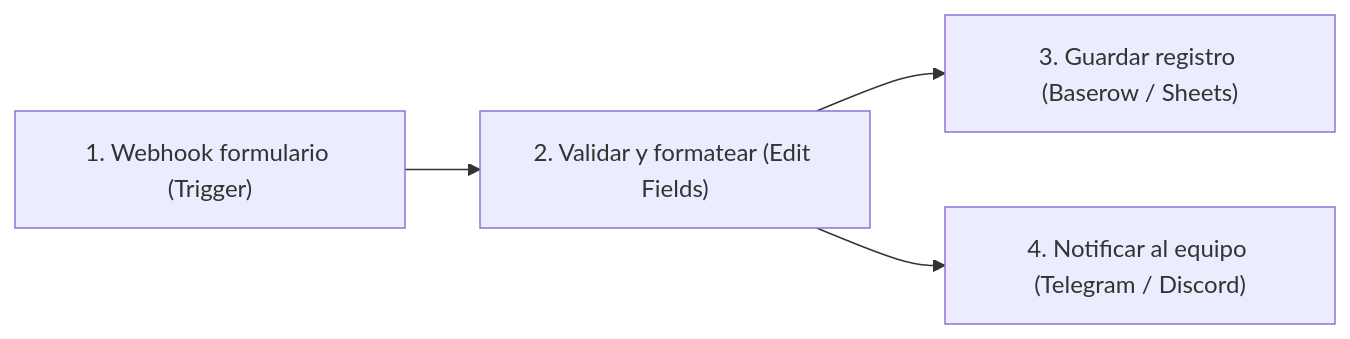
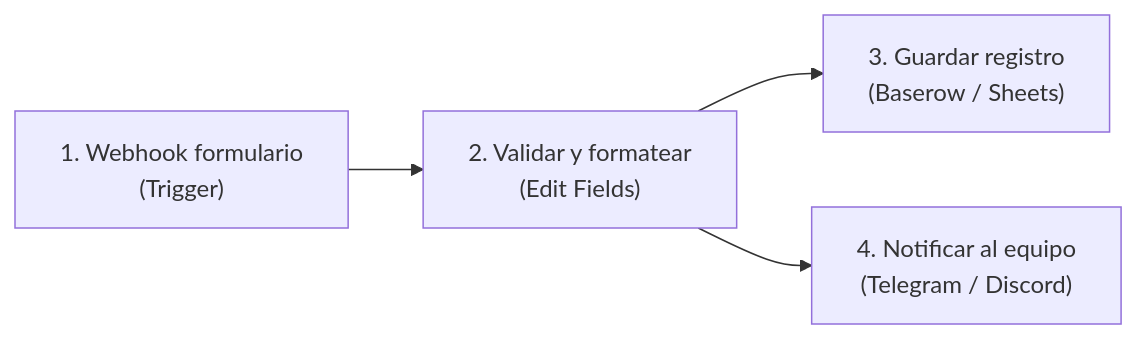
One commit to Dellos7/informatica-eso-bat changed the first of 4 diagrams in asignaturas/psirii/docker/actividad1/index.md. Above: the diagram before and after it, drawn with Mermaid. The commit also changed other lines of this file, not shown here.

````diff
--- a/asignaturas/psirii/docker/actividad1/index.md
+++ b/asignaturas/psirii/docker/actividad1/index.md
@@ -34,6 +34,6 @@
 ```mermaid
-graph LR
-    A["1. Webhook formulario (Trigger)"] --> B["2. Validar y formatear (Edit Fields)"]
-    B --> C["3. Guardar registro (Baserow / Sheets)"]
-    B --> D["4. Notificar al equipo (Telegram / Discord)"]
+flowchart LR
+    A["1. Webhook formulario<br/>(Trigger)"] --> B["2. Validar y formatear<br/>(Edit Fields)"]
+    B --> C["3. Guardar registro<br/>(Baserow / Sheets)"]
+    B --> D["4. Notificar al equipo<br/>(Telegram / Discord)"]
 ```
````
